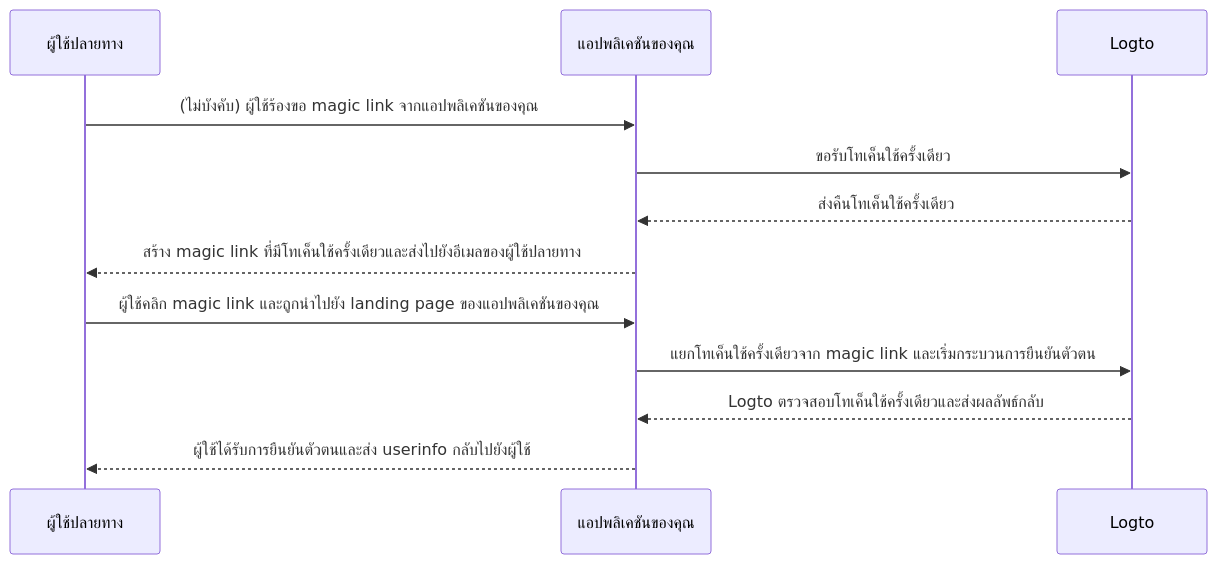
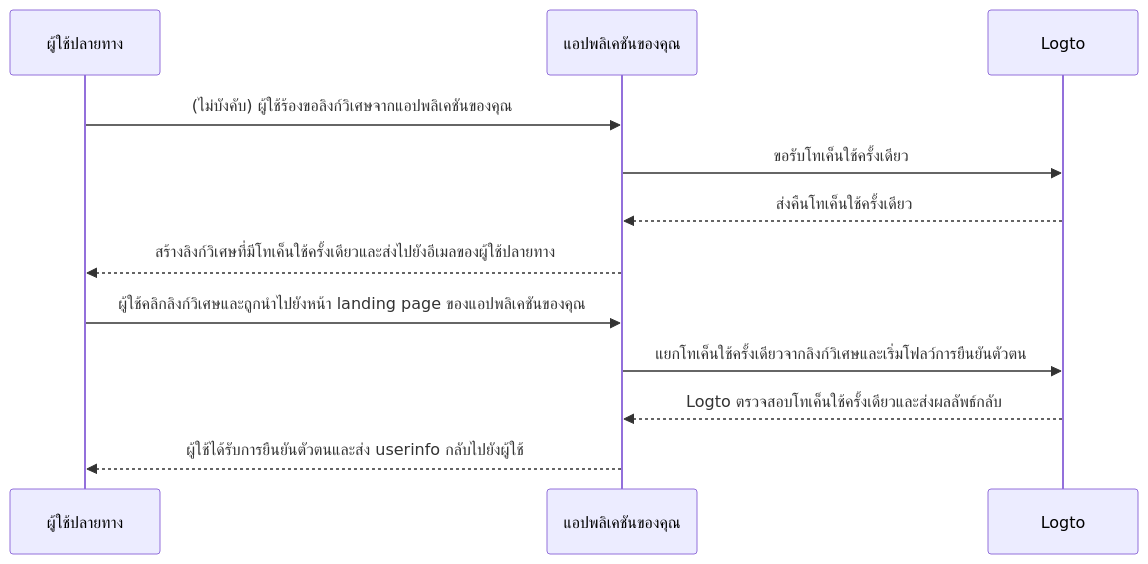
One commit to logto-io/docs changed the diagram in i18n/th/docusaurus-plugin-content-docs/current/end-user-flows/one-time-token.mdx. Above: the diagram before and after it, drawn with Mermaid. The commit also changed other lines of this file and 666 other files, not shown here.

````diff
--- a/i18n/th/docusaurus-plugin-content-docs/current/end-user-flows/one-time-token.mdx
+++ b/i18n/th/docusaurus-plugin-content-docs/current/end-user-flows/one-time-token.mdx
@@ -38,15 +38,15 @@
 ```mermaid
 sequenceDiagram
   participant U as ผู้ใช้ปลายทาง
   participant C as แอปพลิเคชันของคุณ
   participant L as Logto
 
-  U ->> C: (ไม่บังคับ) ผู้ใช้ร้องขอ magic link จากแอปพลิเคชันของคุณ
+  U ->> C: (ไม่บังคับ) ผู้ใช้ร้องขอลิงก์วิเศษจากแอปพลิเคชันของคุณ
   C ->> L: ขอรับโทเค็นใช้ครั้งเดียว
   L -->> C: ส่งคืนโทเค็นใช้ครั้งเดียว
-  C -->> U: สร้าง magic link ที่มีโทเค็นใช้ครั้งเดียวและส่งไปยังอีเมลของผู้ใช้ปลายทาง
-  U ->> C: ผู้ใช้คลิก magic link และถูกนำไปยัง landing page ของแอปพลิเคชันของคุณ
-  C ->> L: แยกโทเค็นใช้ครั้งเดียวจาก magic link และเริ่มกระบวนการยืนยันตัวตน
+  C -->> U: สร้างลิงก์วิเศษที่มีโทเค็นใช้ครั้งเดียวและส่งไปยังอีเมลของผู้ใช้ปลายทาง
+  U ->> C: ผู้ใช้คลิกลิงก์วิเศษและถูกนำไปยังหน้า landing page ของแอปพลิเคชันของคุณ
+  C ->> L: แยกโทเค็นใช้ครั้งเดียวจากลิงก์วิเศษและเริ่มโฟลว์การยืนยันตัวตน
   L -->> C: Logto ตรวจสอบโทเค็นใช้ครั้งเดียวและส่งผลลัพธ์กลับ
   C -->> U: ผู้ใช้ได้รับการยืนยันตัวตนและส่ง userinfo กลับไปยังผู้ใช้
 ```
````
